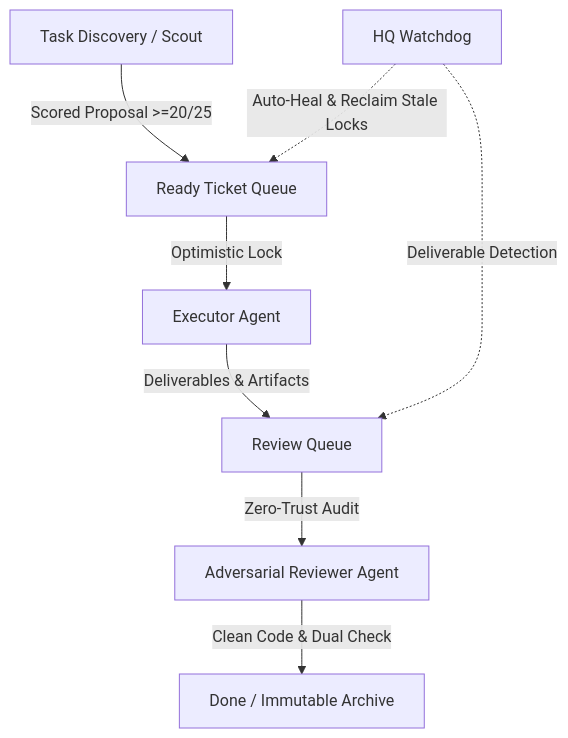
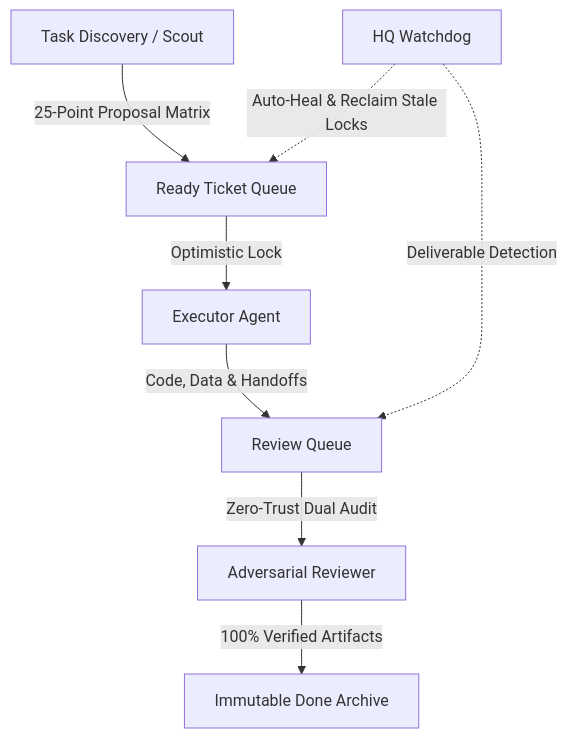
The diagram in README.md (jacob-haddon/burn-tokens), drawn with Mermaid before and after one commit. The commit also changed other lines of this file and 1 other file, not shown here.

````diff
--- a/README.md
+++ b/README.md
@@ -40,10 +17,10 @@
 ```mermaid
 graph TD
-    A[Task Discovery / Scout] -->|Scored Proposal >=20/25| B[Ready Ticket Queue]
+    A[Task Discovery / Scout] -->|25-Point Proposal Matrix| B[Ready Ticket Queue]
     B -->|Optimistic Lock| C[Executor Agent]
-    C -->|Deliverables & Artifacts| D[Review Queue]
-    D -->|Zero-Trust Audit| E[Adversarial Reviewer Agent]
-    E -->|Clean Code & Dual Check| F[Done / Immutable Archive]
+    C -->|Code, Data & Handoffs| D[Review Queue]
+    D -->|Zero-Trust Dual Audit| E[Adversarial Reviewer]
+    E -->|100% Verified Artifacts| F[Immutable Done Archive]
     G[HQ Watchdog] -.->|Auto-Heal & Reclaim Stale Locks| B
     G -.->|Deliverable Detection| D
 ```
````
